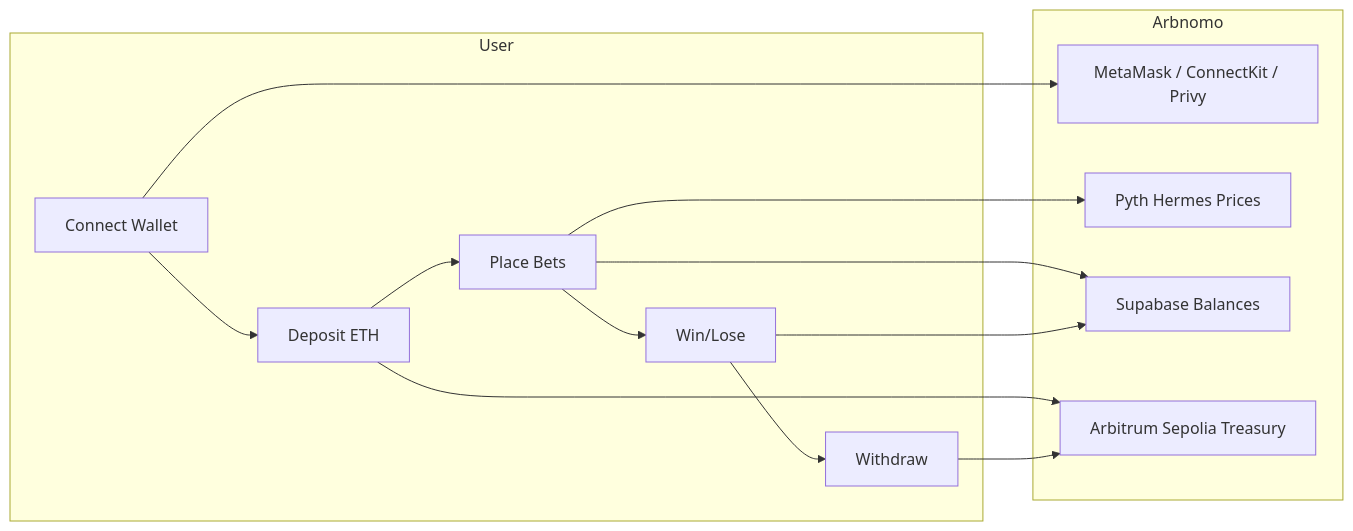
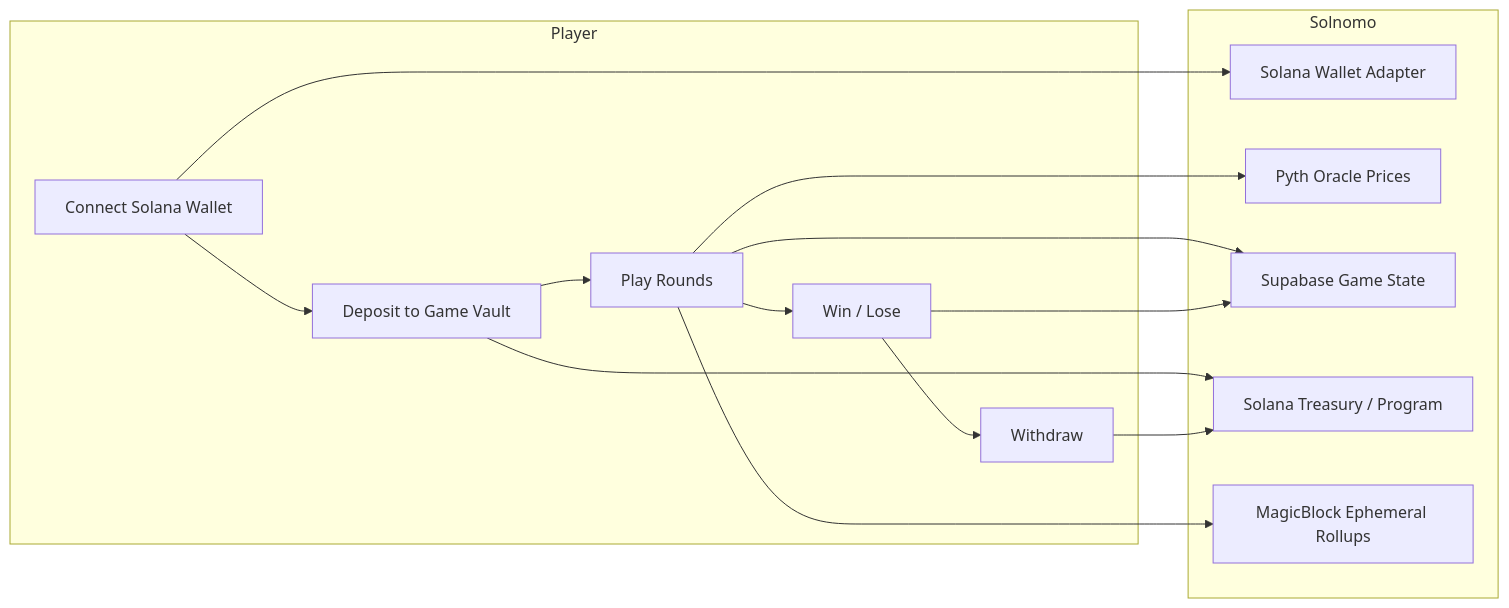
The first of 4 diagrams in README.md (AmaanSayyad/solnomo), drawn with Mermaid before and after one commit. The commit also changed other lines of this file and 24 other files, not shown here.

````diff
--- a/README.md
+++ b/README.md
@@ -79,21 +38,23 @@
 ```mermaid
 flowchart LR
-    subgraph User
-        A[Connect Wallet] --> B[Deposit ETH]
-        B --> C[Place Bets]
-        C --> D[Win/Lose]
+    subgraph Player
+        A[Connect Solana Wallet] --> B[Deposit to Game Vault]
+        B --> C[Play Rounds]
+        C --> D[Win / Lose]
         D --> E[Withdraw]
     end
-    subgraph Arbnomo
-        F[MetaMask / ConnectKit / Privy]
-        G[Pyth Hermes Prices]
-        H[Supabase Balances]
-        I[Arbitrum Sepolia Treasury]
+    subgraph Solnomo
+        F[Solana Wallet Adapter]
+        G[Pyth Oracle Prices]
+        H[Supabase Game State]
+        I[Solana Treasury / Program]
+        M[MagicBlock Ephemeral Rollups]
     end
     A --> F
     B --> I
     C --> G
     C --> H
+    C --> M
     D --> H
     E --> I
 ```
````
